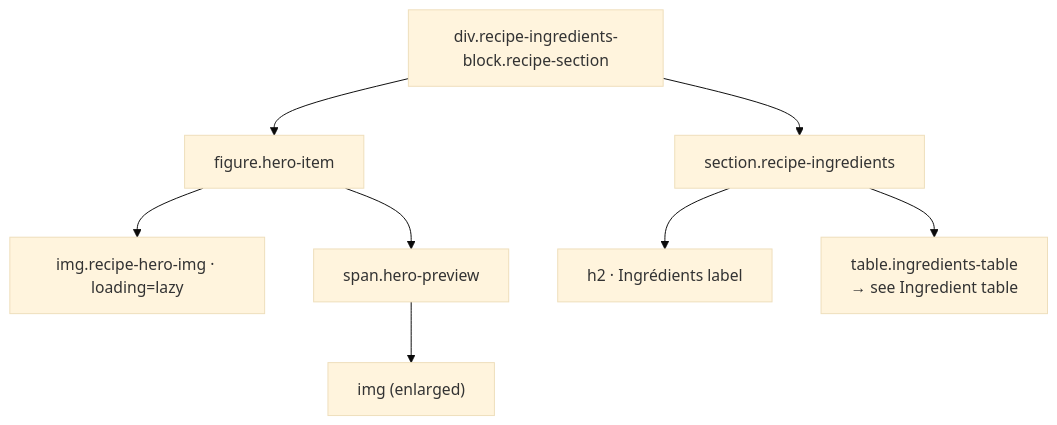
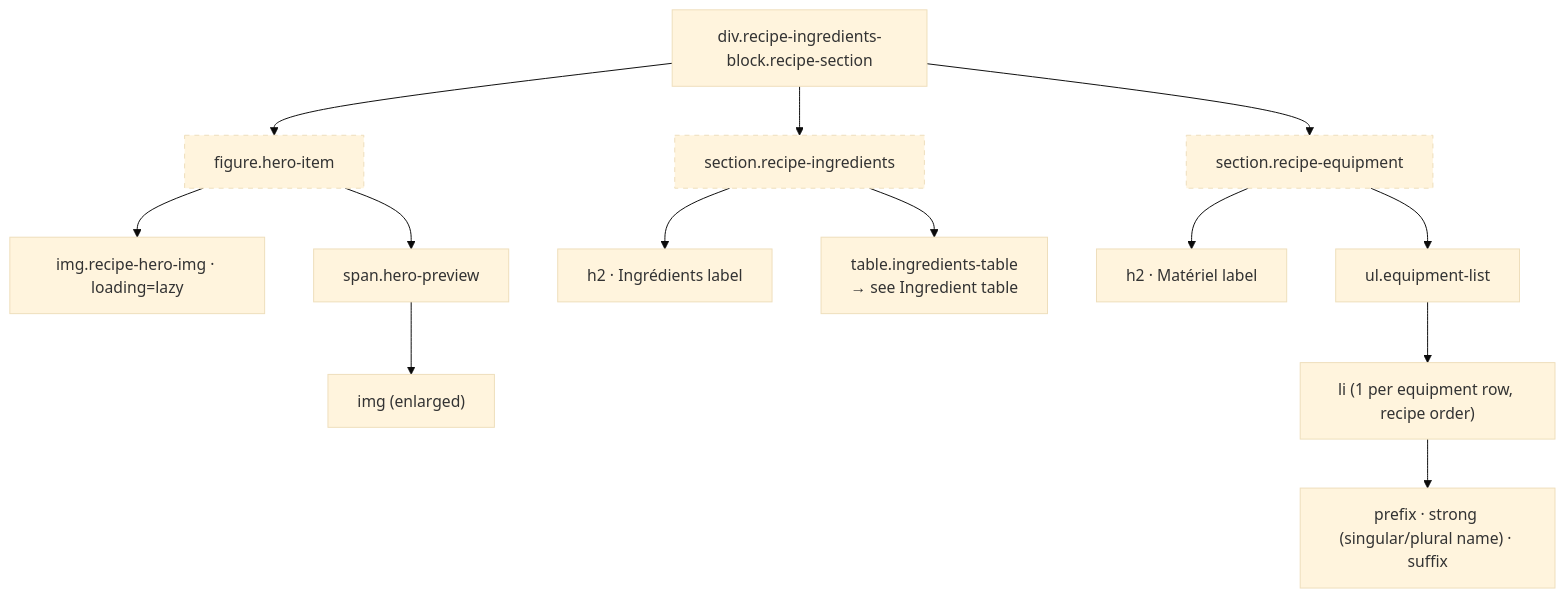
One commit to ppoilbarbe/PBRecipe changed the second of 6 diagrams in docs/dom_recipe.rst. Above: the diagram before and after it, drawn with Mermaid (base theme). The commit also changed other lines of this file and 44 other files, not shown here.

```diff
--- a/docs/dom_recipe.rst
+++ b/docs/dom_recipe.rst
@@ -54,16 +55,22 @@
 .. mermaid::
 
    graph TD
        classDef opt stroke-dasharray:5 5
 
        block["div.recipe-ingredients-block.recipe-section"]
 
-       block --> fig["figure.hero-item"]
-       block --> sect["section.recipe-ingredients"]
+       block --> fig["figure.hero-item"]:::opt
+       block --> sect["section.recipe-ingredients"]:::opt
+       block --> eqsect["section.recipe-equipment"]:::opt
 
        fig --> heroimg["img.recipe-hero-img · loading=lazy"]
        fig --> preview["span.hero-preview"]
        preview --> previewimg["img (enlarged)"]
 
        sect --> h2["h2 · Ingrédients label"]
        sect --> table["table.ingredients-table<br/>→ see Ingredient table"]
+
+       eqsect --> h2eq["h2 · Matériel label"]
+       eqsect --> ul["ul.equipment-list"]
+       ul --> li["li (1 per equipment row, recipe order)"]
+       li --> eqtxt["prefix · strong (singular/plural name) · suffix"]
```
